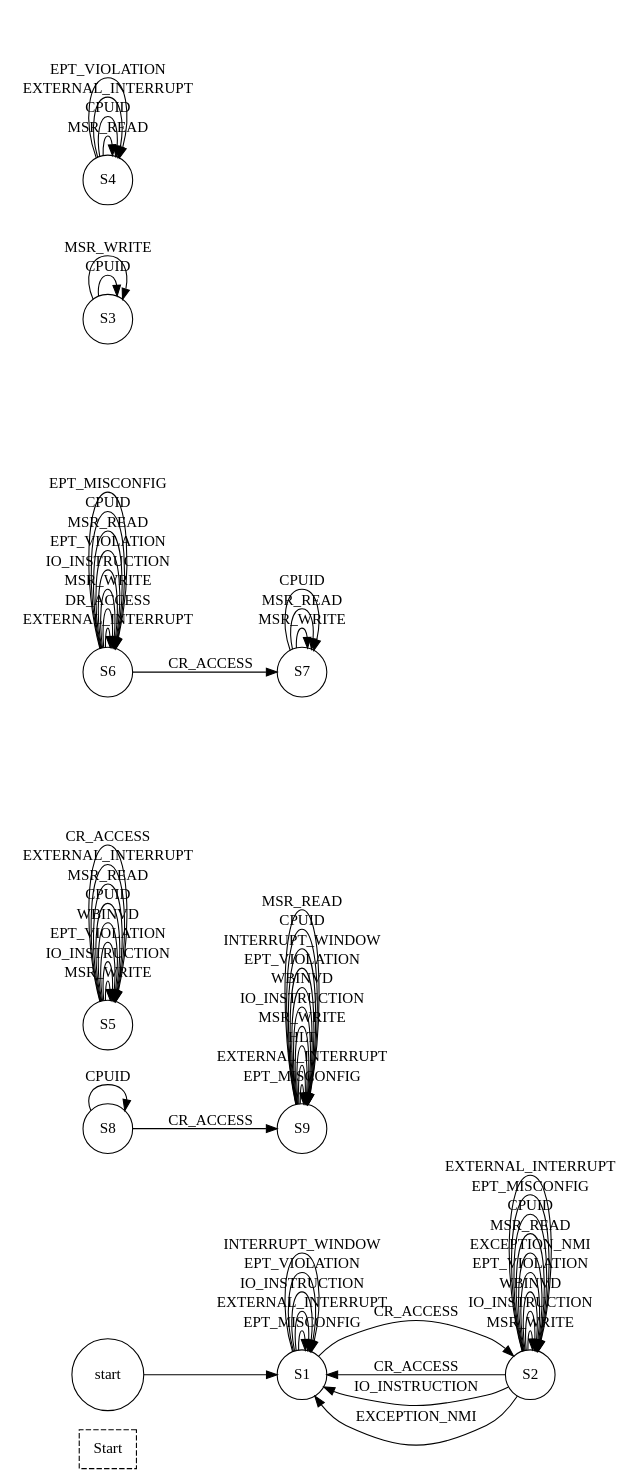
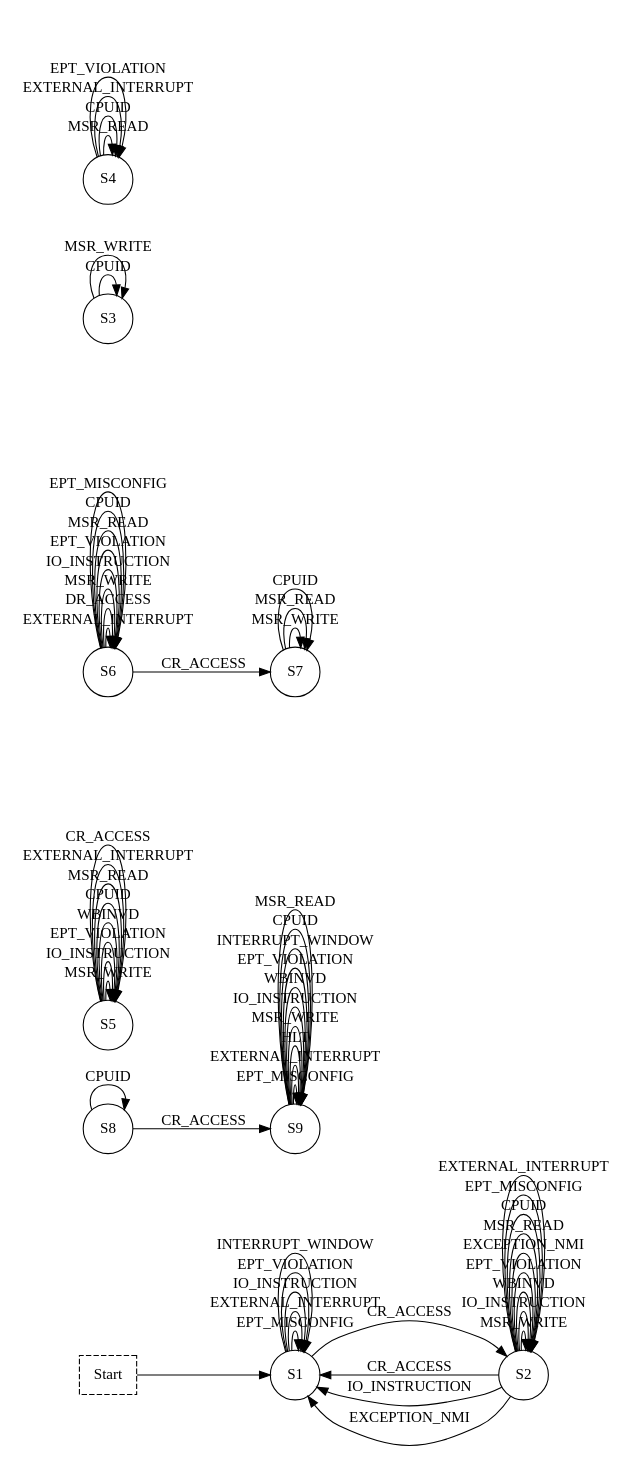
One commit to luigiauggiero/kvm_rv_verification changed the diagram in KVM_FSM.dot. Above: the diagram before and after it, drawn with Graphviz.

```diff
--- a/KVM_FSM.dot
+++ b/KVM_FSM.dot
@@ -1,62 +1,62 @@
 digraph FSM {
     rankdir=LR;
     node [shape=circle];
-    START [shape=box, width=0.2, label=Start, style=dashed];
+    start [shape=box, width=0.2, label=Start, style=dashed];
     start -> S1;
     "S9" -> "S9" [label="EPT_MISCONFIG"];
     "S5" -> "S5" [label="MSR_WRITE"];
     "S5" -> "S5" [label="IO_INSTRUCTION"];
     "S6" -> "S6" [label="EXTERNAL_INTERRUPT"];
     "S9" -> "S9" [label="EXTERNAL_INTERRUPT"];
     "S1" -> "S2" [label="CR_ACCESS"];
     "S5" -> "S5" [label="EPT_VIOLATION"];
     "S9" -> "S9" [label="HLT"];
     "S5" -> "S5" [label="WBINVD"];
     "S3" -> "S3" [label="CPUID"];
     "S8" -> "S8" [label="CPUID"];
     "S1" -> "S1" [label="EPT_MISCONFIG"];
     "S4" -> "S4" [label="MSR_READ"];
     "S4" -> "S4" [label="CPUID"];
     "S1" -> "S1" [label="EXTERNAL_INTERRUPT"];
     "S2" -> "S2" [label="MSR_WRITE"];
     "S2" -> "S2" [label="IO_INSTRUCTION"];
     "S4" -> "S4" [label="EXTERNAL_INTERRUPT"];
     "S2" -> "S1" [label="CR_ACCESS"];
     "S5" -> "S5" [label="CPUID"];
     "S2" -> "S2" [label="WBINVD"];
     "S2" -> "S2" [label="EPT_VIOLATION"];
     "S5" -> "S5" [label="MSR_READ"];
     "S6" -> "S6" [label="DR_ACCESS"];
     "S7" -> "S7" [label="MSR_WRITE"];
     "S6" -> "S6" [label="MSR_WRITE"];
     "S6" -> "S6" [label="IO_INSTRUCTION"];
     "S5" -> "S5" [label="EXTERNAL_INTERRUPT"];
     "S6" -> "S7" [label="CR_ACCESS"];
     "S9" -> "S9" [label="MSR_WRITE"];
     "S9" -> "S9" [label="IO_INSTRUCTION"];
     "S2" -> "S2" [label="EXCEPTION_NMI"];
     "S8" -> "S9" [label="CR_ACCESS"];
     "S6" -> "S6" [label="EPT_VIOLATION"];
     "S9" -> "S9" [label="WBINVD"];
     "S9" -> "S9" [label="EPT_VIOLATION"];
     "S9" -> "S9" [label="INTERRUPT_WINDOW"];
     "S2" -> "S1" [label="IO_INSTRUCTION"];
     "S2" -> "S2" [label="MSR_READ"];
     "S2" -> "S2" [label="CPUID"];
     "S3" -> "S3" [label="MSR_WRITE"];
     "S1" -> "S1" [label="IO_INSTRUCTION"];
     "S5" -> "S5" [label="CR_ACCESS"];
     "S2" -> "S2" [label="EPT_MISCONFIG"];
     "S7" -> "S7" [label="MSR_READ"];
     "S1" -> "S1" [label="EPT_VIOLATION"];
     "S7" -> "S7" [label="CPUID"];
     "S2" -> "S2" [label="EXTERNAL_INTERRUPT"];
     "S6" -> "S6" [label="MSR_READ"];
     "S2" -> "S1" [label="EXCEPTION_NMI"];
     "S6" -> "S6" [label="CPUID"];
     "S9" -> "S9" [label="CPUID"];
     "S1" -> "S1" [label="INTERRUPT_WINDOW"];
     "S6" -> "S6" [label="EPT_MISCONFIG"];
     "S9" -> "S9" [label="MSR_READ"];
     "S4" -> "S4" [label="EPT_VIOLATION"];
 }
```
